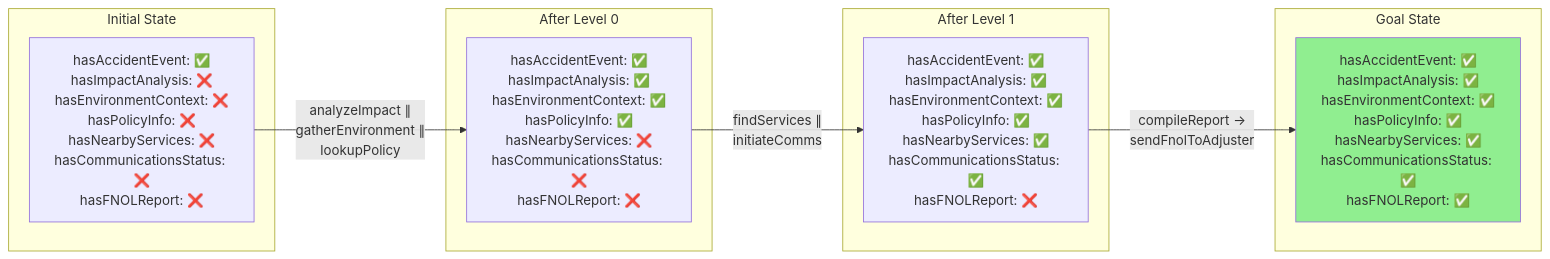
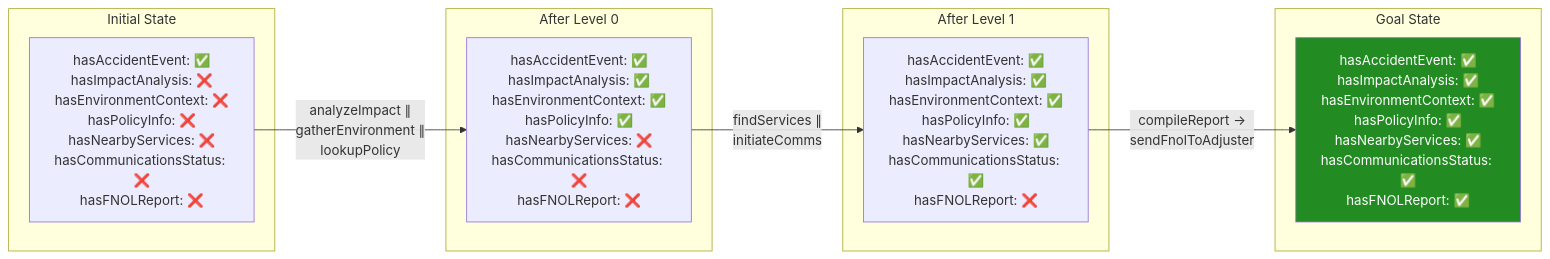
The second of 6 diagrams in AGENTIC-ARCHITECTURE.md (dbbaskette/imc-crash), drawn with Mermaid before and after one commit. The commit also changed other lines of this file and 1 other file, not shown here.

Commit message:
Fix Mermaid diagram styling for better readability
- Change goal state nodes from light green (#90EE90) to dark green
  (#228B22) with white text for better contrast
- Remove emoji from goal node text to improve rendering
- Affects README.md and AGENTIC-ARCHITECTURE.md diagrams

````diff
--- a/AGENTIC-ARCHITECTURE.md
+++ b/AGENTIC-ARCHITECTURE.md
@@ -354,24 +354,24 @@
 ```mermaid
 flowchart LR
     subgraph Initial["Initial State"]
         S0["hasAccidentEvent: ✅<br/>hasImpactAnalysis: ❌<br/>hasEnvironmentContext: ❌<br/>hasPolicyInfo: ❌<br/>hasNearbyServices: ❌<br/>hasCommunicationsStatus: ❌<br/>hasFNOLReport: ❌"]
     end
 
     subgraph AfterL0["After Level 0"]
         S1["hasAccidentEvent: ✅<br/>hasImpactAnalysis: ✅<br/>hasEnvironmentContext: ✅<br/>hasPolicyInfo: ✅<br/>hasNearbyServices: ❌<br/>hasCommunicationsStatus: ❌<br/>hasFNOLReport: ❌"]
     end
 
     subgraph AfterL1["After Level 1"]
         S2["hasAccidentEvent: ✅<br/>hasImpactAnalysis: ✅<br/>hasEnvironmentContext: ✅<br/>hasPolicyInfo: ✅<br/>hasNearbyServices: ✅<br/>hasCommunicationsStatus: ✅<br/>hasFNOLReport: ❌"]
     end
 
     subgraph GoalState["Goal State"]
         S3["hasAccidentEvent: ✅<br/>hasImpactAnalysis: ✅<br/>hasEnvironmentContext: ✅<br/>hasPolicyInfo: ✅<br/>hasNearbyServices: ✅<br/>hasCommunicationsStatus: ✅<br/>hasFNOLReport: ✅"]
     end
 
     S0 --> |"analyzeImpact ∥<br/>gatherEnvironment ∥<br/>lookupPolicy"| S1
     S1 --> |"findServices ∥<br/>initiateComms"| S2
     S2 --> |"compileReport →<br/>sendFnolToAdjuster"| S3
 
-    style S3 fill:#90EE90
+    style S3 fill:#228B22,color:#fff
 ```
````
